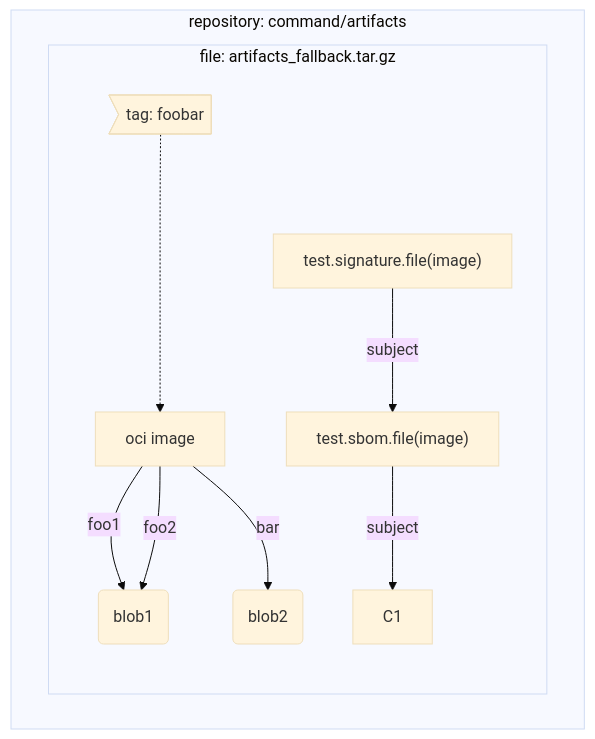
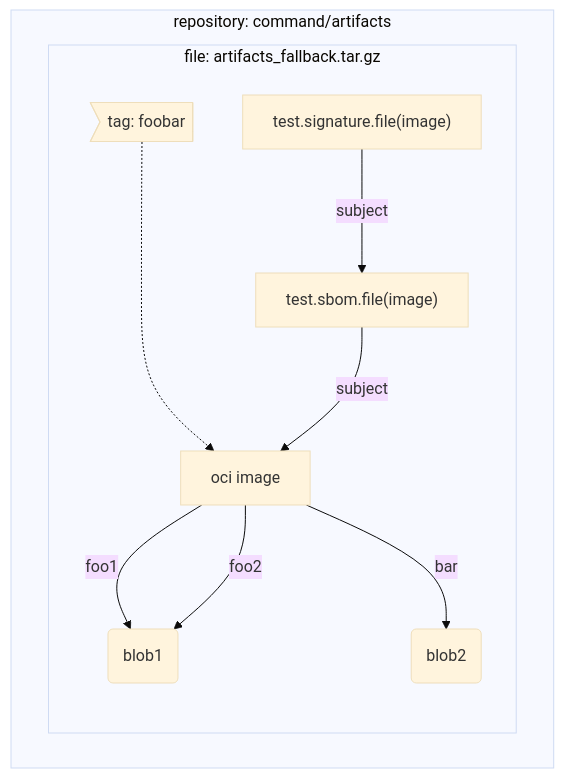
Before and after one commit to oras-project/oras: the second of 2 diagrams in test/e2e/README.md, drawn with Mermaid (base theme).

Commit message:
fix error in doc

````diff
--- a/test/e2e/README.md
+++ b/test/e2e/README.md
@@ -114,15 +114,15 @@
 ```mermaid
 graph TD;
     subgraph "repository: command/artifacts"
         subgraph "file: artifacts_fallback.tar.gz"
             direction TB
             A0>tag: foobar]-..->A1[oci image]
             A1-- foo1 -->A2(blob1)
             A1-- foo2 -->A2(blob1)
             A1-- bar -->A3(blob2)
 
-            E1["test.sbom.file(image)"] -- subject --> C1
+            E1["test.sbom.file(image)"] -- subject --> A1
             E2["test.signature.file(image)"] -- subject --> E1
         end
     end
 ```
````
